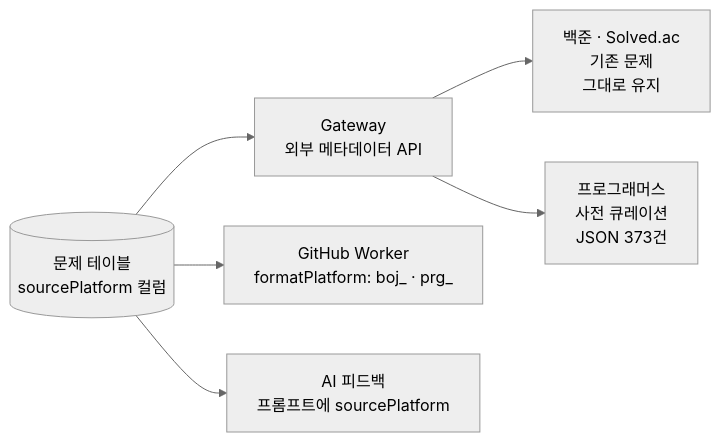
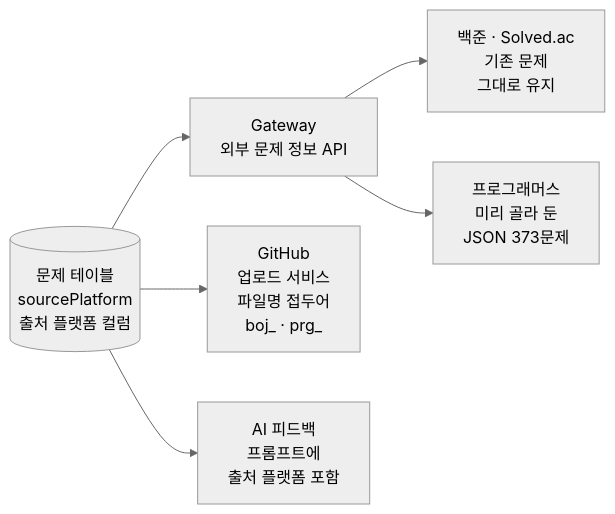
One commit to tpals0409/Leo-s-Build-Log changed the diagram in content/posts/baekjoon-gone/diagrams/platform.ko.mmd. Above: the diagram before and after it, drawn with Mermaid (neutral theme). The commit also changed 82 other files, not shown here.

```diff
--- a/content/posts/baekjoon-gone/diagrams/platform.ko.mmd
+++ b/content/posts/baekjoon-gone/diagrams/platform.ko.mmd
@@ -1,6 +1,6 @@
 flowchart LR
-  P[(문제 테이블<br/>sourcePlatform 컬럼)] --> GW[Gateway<br/>외부 메타데이터 API]
+  P[(문제 테이블<br/>sourcePlatform<br/>출처 플랫폼 컬럼)] --> GW[Gateway<br/>외부 문제 정보 API]
   GW --> BOJ[백준 · Solved.ac<br/>기존 문제<br/>그대로 유지]
-  GW --> PRG[프로그래머스<br/>사전 큐레이션<br/>JSON 373건]
-  P --> GHW[GitHub Worker<br/>formatPlatform: boj_ · prg_]
-  P --> AI[AI 피드백<br/>프롬프트에 sourcePlatform]
+  GW --> PRG[프로그래머스<br/>미리 골라 둔<br/>JSON 373문제]
+  P --> GHW[GitHub<br/>업로드 서비스<br/>파일명 접두어<br/>boj_ · prg_]
+  P --> AI[AI 피드백<br/>프롬프트에<br/>출처 플랫폼 포함]
```
